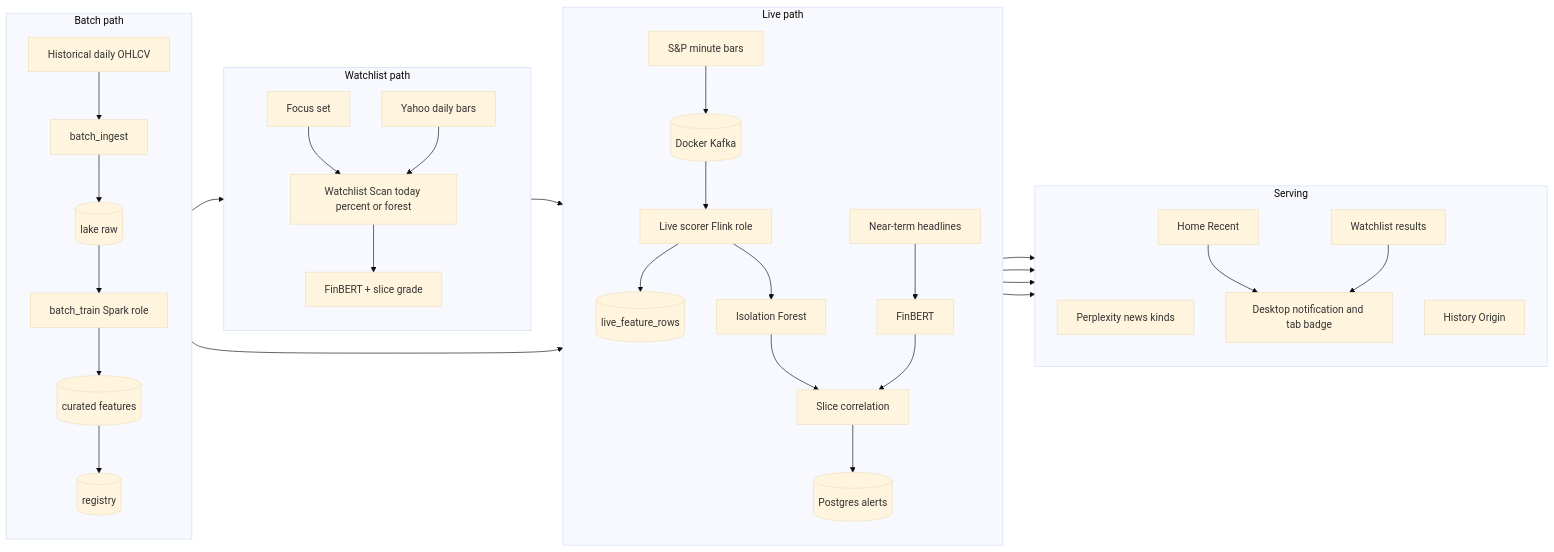
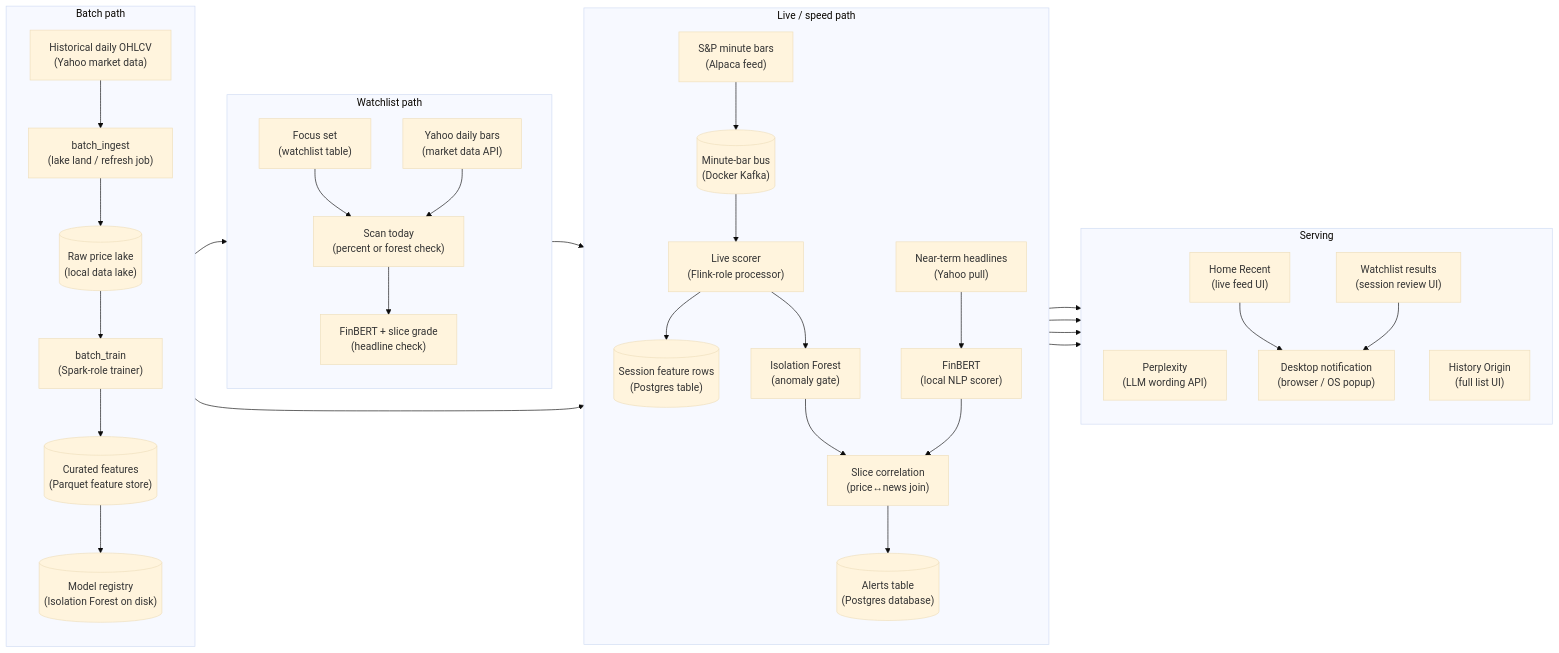
One commit to sameerde4/ticker-alert-system changed the seventh of 10 diagrams in docs/architecture.md. Above: the diagram before and after it, drawn with Mermaid (base theme). The commit also changed other lines of this file and 1 other file, not shown here.

First line of the commit message:
Clarify architecture diagram boxes with job plus technical role.

````diff
--- a/docs/architecture.md
+++ b/docs/architecture.md
@@ -354,43 +354,43 @@
 ```mermaid
 flowchart LR
     subgraph batch [Batch path]
         direction TB
-        HIST_PX[Historical daily OHLCV] --> BATCH[batch_ingest]
-        BATCH --> RAW[(lake raw)]
-        RAW --> TRAIN_JOB[batch_train Spark role]
-        TRAIN_JOB --> CURATED[(curated features)]
-        CURATED --> REG[(registry)]
+        HIST_PX["Historical daily OHLCV<br/>(Yahoo market data)"] --> BATCH["batch_ingest<br/>(lake land / refresh job)"]
+        BATCH --> RAW[("Raw price lake<br/>(local data lake)")]
+        RAW --> TRAIN_JOB["batch_train<br/>(Spark-role trainer)"]
+        TRAIN_JOB --> CURATED[("Curated features<br/>(Parquet feature store)")]
+        CURATED --> REG[("Model registry<br/>(Isolation Forest on disk)")]
     end
 
-    subgraph live [Live path]
+    subgraph live [Live / speed path]
         direction TB
-        BARS_LIVE[S&P minute bars] --> KAFKA[(Docker Kafka)]
-        KAFKA --> LIVE_SCORE[Live scorer Flink role]
+        BARS_LIVE["S&P minute bars<br/>(Alpaca feed)"] --> KAFKA[("Minute-bar bus<br/>(Docker Kafka)")]
+        KAFKA --> LIVE_SCORE["Live scorer<br/>(Flink-role processor)"]
         REG --> LIVE_SCORE
-        LIVE_SCORE --> TS[(live_feature_rows)]
-        LIVE_SCORE --> ANOM[Isolation Forest]
-        LIVE_NEWS[Near-term headlines] --> SENT[FinBERT]
-        ANOM --> CORR[Slice correlation]
+        LIVE_SCORE --> TS[("Session feature rows<br/>(Postgres table)")]
+        LIVE_SCORE --> ANOM["Isolation Forest<br/>(anomaly gate)"]
+        LIVE_NEWS["Near-term headlines<br/>(Yahoo pull)"] --> SENT["FinBERT<br/>(local NLP scorer)"]
+        ANOM --> CORR["Slice correlation<br/>(price↔news join)"]
         SENT --> CORR
-        CORR --> ALERTS[(Postgres alerts)]
+        CORR --> ALERTS[("Alerts table<br/>(Postgres database)")]
     end
 
     subgraph watch [Watchlist path]
         direction TB
-        FOCUS[Focus set] --> RUNCHK[Watchlist Scan today percent or forest]
-        DAY[Yahoo daily bars] --> RUNCHK
+        FOCUS["Focus set<br/>(watchlist table)"] --> RUNCHK["Scan today<br/>(percent or forest check)"]
+        DAY["Yahoo daily bars<br/>(market data API)"] --> RUNCHK
         REG --> RUNCHK
-        RUNCHK --> SENT2[FinBERT + slice grade]
+        RUNCHK --> SENT2["FinBERT + slice grade<br/>(headline check)"]
         SENT2 --> ALERTS
     end
 
     subgraph serve [Serving]
         direction TB
-        ALERTS --> PPLX[Perplexity news kinds]
-        ALERTS --> HOME[Home Recent]
-        ALERTS --> WATCHUI[Watchlist results]
-        ALERTS --> HIST[History Origin]
-        HOME --> NOTE[Desktop notification and tab badge]
+        ALERTS --> PPLX["Perplexity<br/>(LLM wording API)"]
+        ALERTS --> HOME["Home Recent<br/>(live feed UI)"]
+        ALERTS --> WATCHUI["Watchlist results<br/>(session review UI)"]
+        ALERTS --> HIST["History Origin<br/>(full list UI)"]
+        HOME --> NOTE["Desktop notification<br/>(browser / OS popup)"]
         WATCHUI --> NOTE
     end
 ```
````
